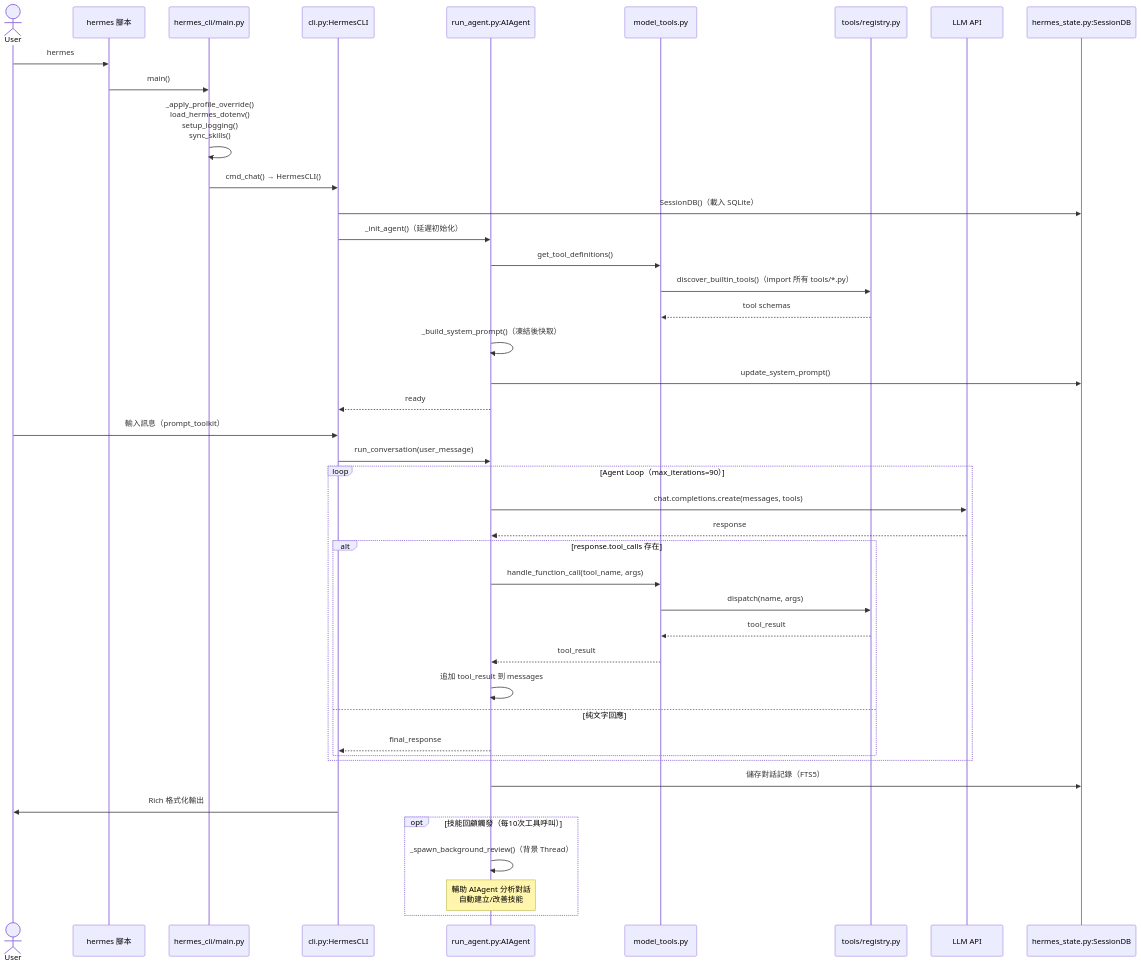
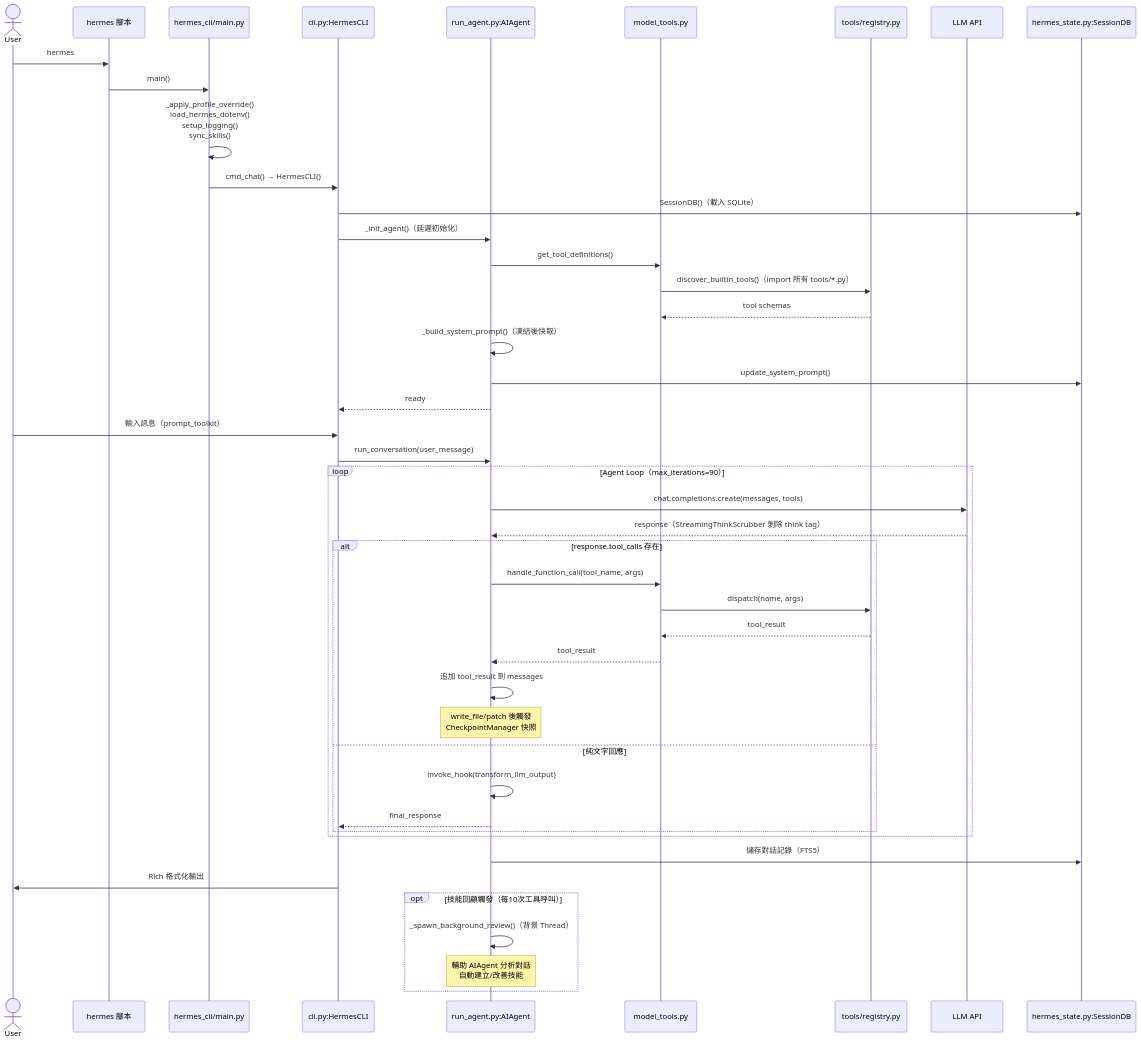
Before and after one commit to pichiu/hermes-agent: the second of 3 diagrams in .trace/ARCHITECTURE.md, drawn with Mermaid. The commit also changed other lines of this file, not shown here.

Commit message:
trace: update ARCHITECTURE for v0.13 - ProviderProfile plugin arch, Google Chat, transform_llm_output, Checkpoints v2

````diff
--- a/.trace/ARCHITECTURE.md
+++ b/.trace/ARCHITECTURE.md
@@ -242,51 +254,53 @@
 ```mermaid
 sequenceDiagram
     actor User
     participant Shell as hermes 腳本
     participant Main as hermes_cli/main.py
     participant CLI as cli.py:HermesCLI
     participant Agent as run_agent.py:AIAgent
     participant MT as model_tools.py
     participant Reg as tools/registry.py
     participant LLM as LLM API
     participant DB as hermes_state.py:SessionDB
 
     User->>Shell: hermes
     Shell->>Main: main()
     Main->>Main: _apply_profile_override()<br/>load_hermes_dotenv()<br/>setup_logging()<br/>sync_skills()
     Main->>CLI: cmd_chat() → HermesCLI()
     CLI->>DB: SessionDB()（載入 SQLite）
     CLI->>Agent: _init_agent()（延遲初始化）
     Agent->>MT: get_tool_definitions()
     MT->>Reg: discover_builtin_tools()（import 所有 tools/*.py）
     Reg-->>MT: tool schemas
     Agent->>Agent: _build_system_prompt()（凍結後快取）
     Agent->>DB: update_system_prompt()
     Agent-->>CLI: ready
 
     User->>CLI: 輸入訊息（prompt_toolkit）
     CLI->>Agent: run_conversation(user_message)
 
     loop Agent Loop（max_iterations=90）
         Agent->>LLM: chat.completions.create(messages, tools)
-        LLM-->>Agent: response
+        LLM-->>Agent: response（StreamingThinkScrubber 剝除 think tag）
 
         alt response.tool_calls 存在
             Agent->>MT: handle_function_call(tool_name, args)
             MT->>Reg: dispatch(name, args)
             Reg-->>MT: tool_result
             MT-->>Agent: tool_result
             Agent->>Agent: 追加 tool_result 到 messages
+            Note over Agent: write_file/patch 後觸發<br/>CheckpointManager 快照
         else 純文字回應
+            Agent->>Agent: invoke_hook(transform_llm_output)
             Agent-->>CLI: final_response
         end
     end
 
     Agent->>DB: 儲存對話記錄（FTS5）
     CLI->>User: Rich 格式化輸出
 
     opt 技能回顧觸發（每10次工具呼叫）
         Agent->>Agent: _spawn_background_review()（背景 Thread）
         Note over Agent: 輔助 AIAgent 分析對話<br/>自動建立/改善技能
     end
 ```
````
